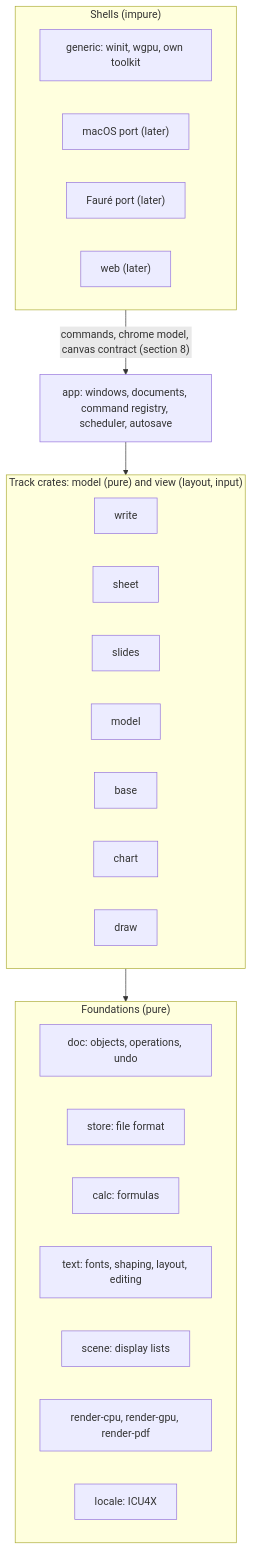
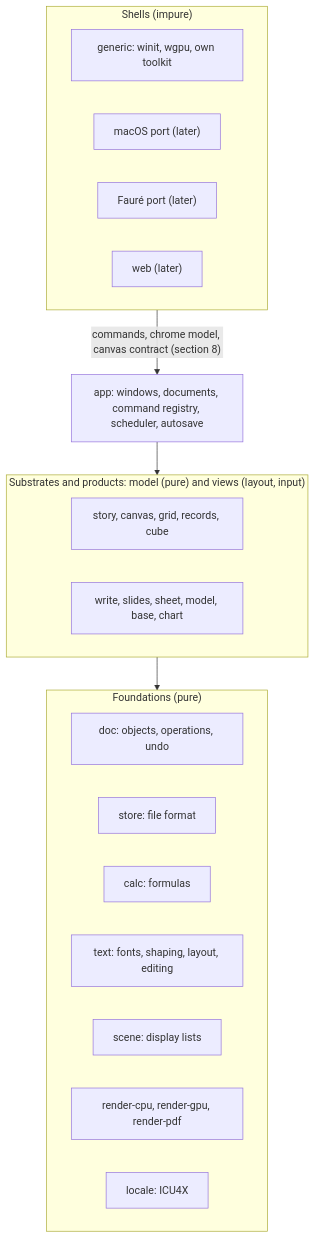
One commit to gschjetne/xworks changed the first of 2 diagrams in docs/ARCHITECTURE.md. Above: the diagram before and after it, drawn with Mermaid. The commit also changed other lines of this file and 1 other file, not shown here.

First line of the commit message:
Propose substrates: story, canvas, grid, records, cube (M0)

````diff
--- a/docs/ARCHITECTURE.md
+++ b/docs/ARCHITECTURE.md
@@ -75,31 +75,26 @@
 ```mermaid
 flowchart TD
   subgraph shells["Shells (impure)"]
     generic["generic: winit, wgpu, own toolkit"]
     macos["macOS port (later)"]
     faure["Fauré port (later)"]
     web["web (later)"]
   end
   app["app: windows, documents, command registry, scheduler, autosave"]
-  subgraph tracks["Track crates: model (pure) and view (layout, input)"]
-    write[write]
-    sheet[sheet]
-    slides[slides]
-    model[model]
-    base[base]
-    chart[chart]
-    draw[draw]
+  subgraph tracks["Substrates and products: model (pure) and views (layout, input)"]
+    substrates["story, canvas, grid, records, cube"]
+    products["write, slides, sheet, model, base, chart"]
   end
   subgraph foundations["Foundations (pure)"]
     doc["doc: objects, operations, undo"]
     store["store: file format"]
     calc["calc: formulas"]
     text["text: fonts, shaping, layout, editing"]
     scene["scene: display lists"]
     render["render-cpu, render-gpu, render-pdf"]
     locale["locale: ICU4X"]
   end
   shells -- "commands, chrome model, canvas contract (section 8)" --> app
   app --> tracks
   tracks --> foundations
 ```
````
